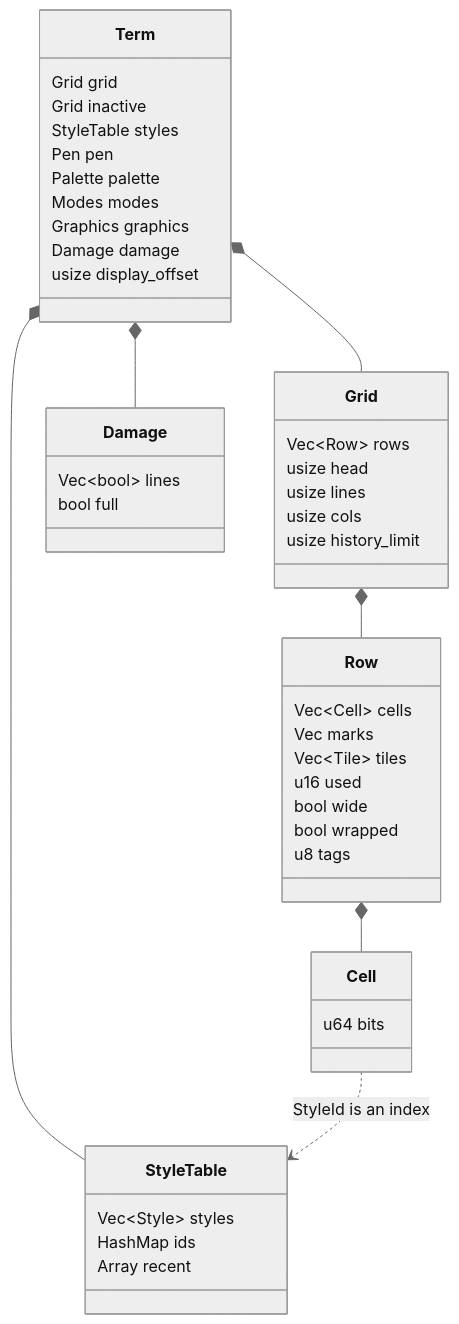
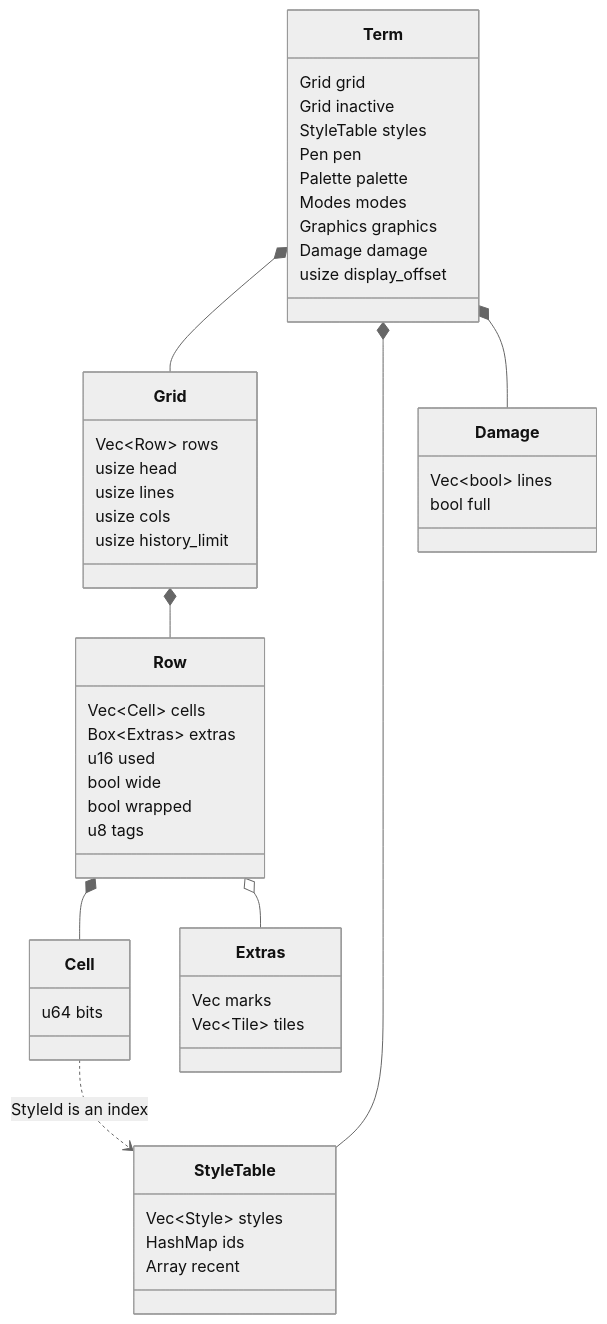
One commit to riya-amemiya/Dartel changed the sixth of 9 diagrams in docs/architecture.md. Above: the diagram before and after it, drawn with Mermaid (neutral theme). The commit also changed other lines of this file and 4 other files, not shown here.

First line of the commit message:
perf: keep the marks and tiles of a row behind one pointer (#12)

````diff
--- a/docs/architecture.md
+++ b/docs/architecture.md
@@ -240,48 +240,52 @@
 ```mermaid
 classDiagram
     class Term {
         Grid grid
         Grid inactive
         StyleTable styles
         Pen pen
         Palette palette
         Modes modes
         Graphics graphics
         Damage damage
         usize display_offset
     }
     class Grid {
         Vec~Row~ rows
         usize head
         usize lines
         usize cols
         usize history_limit
     }
     class Row {
         Vec~Cell~ cells
-        Vec marks
-        Vec~Tile~ tiles
+        Box~Extras~ extras
         u16 used
         bool wide
         bool wrapped
         u8 tags
+    }
+    class Extras {
+        Vec marks
+        Vec~Tile~ tiles
     }
     class Cell {
         u64 bits
     }
     class StyleTable {
         Vec~Style~ styles
         HashMap ids
         Array recent
     }
     class Damage {
         Vec~bool~ lines
         bool full
     }
     Term *-- Grid
     Term *-- StyleTable
     Term *-- Damage
     Grid *-- Row
     Row *-- Cell
+    Row o-- Extras
     Cell ..> StyleTable : StyleId is an index
 ```
````
